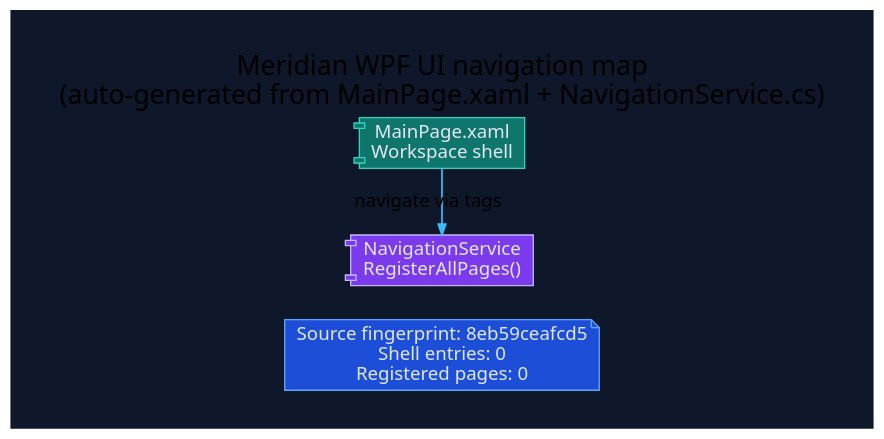
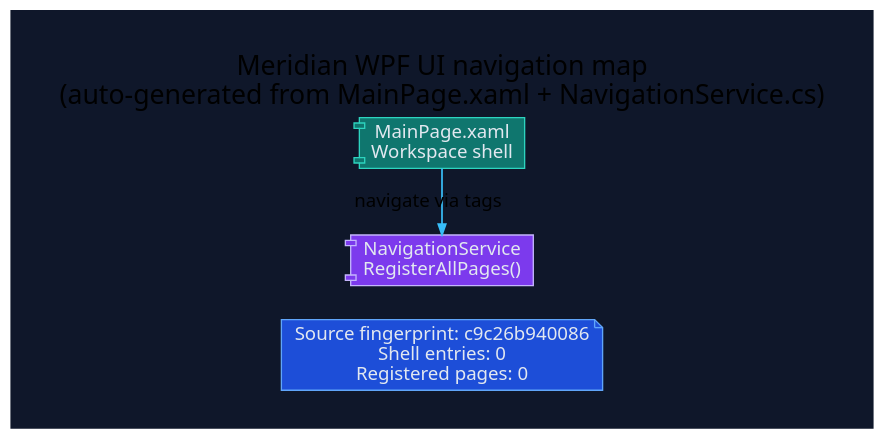
One commit to rodoHasArrived/Meridian-main changed the diagram in docs/diagrams/ui-navigation-map.dot. Above: the diagram before and after it, drawn with Graphviz. The commit also changed 5 other files, not shown here.

Commit message:
docs(diagrams): regenerate diagram artifacts from sources

```diff
--- a/docs/diagrams/ui-navigation-map.dot
+++ b/docs/diagrams/ui-navigation-map.dot
@@ -1,27 +1,27 @@
 // -----------------------------------------------------------------------------
 // <auto-generated>
 // Generated by scripts/generate-diagrams.mjs.
 // Do not edit this file directly; update the WPF source files instead.
 // -----------------------------------------------------------------------------
 digraph UiNavigationMap {
   graph [
     rankdir=LR,
     labelloc=t,
     label="Meridian WPF UI navigation map\n(auto-generated from MainPage.xaml + NavigationService.cs)",
     fontname="Segoe UI",
     fontsize=20,
     pad=0.4,
     nodesep=0.35,
     ranksep=1.0,
     bgcolor="#0f172a"
   ];
   node [fontname="Segoe UI", shape=box, style="rounded,filled", color="#475569", fontcolor="#e2e8f0", fillcolor="#1e293b"];
   edge [fontname="Segoe UI", color="#94a3b8", penwidth=1.3, arrowsize=0.8];
 
-  generated [shape=note, fillcolor="#1d4ed8", color="#60a5fa", label="Source fingerprint: 8eb59ceafcd5\nShell entries: 0\nRegistered pages: 0"];
+  generated [shape=note, fillcolor="#1d4ed8", color="#60a5fa", label="Source fingerprint: c9c26b940086\nShell entries: 0\nRegistered pages: 0"];
   shell [shape=component, fillcolor="#0f766e", color="#2dd4bf", label="MainPage.xaml\nWorkspace shell"];
   navigation [shape=component, fillcolor="#7c3aed", color="#c4b5fd", label="NavigationService\nRegisterAllPages()"];
   shell -> navigation [label="navigate via tags", color="#38bdf8"];
 
   { rank=min; generated; shell; navigation; }
 }
```
